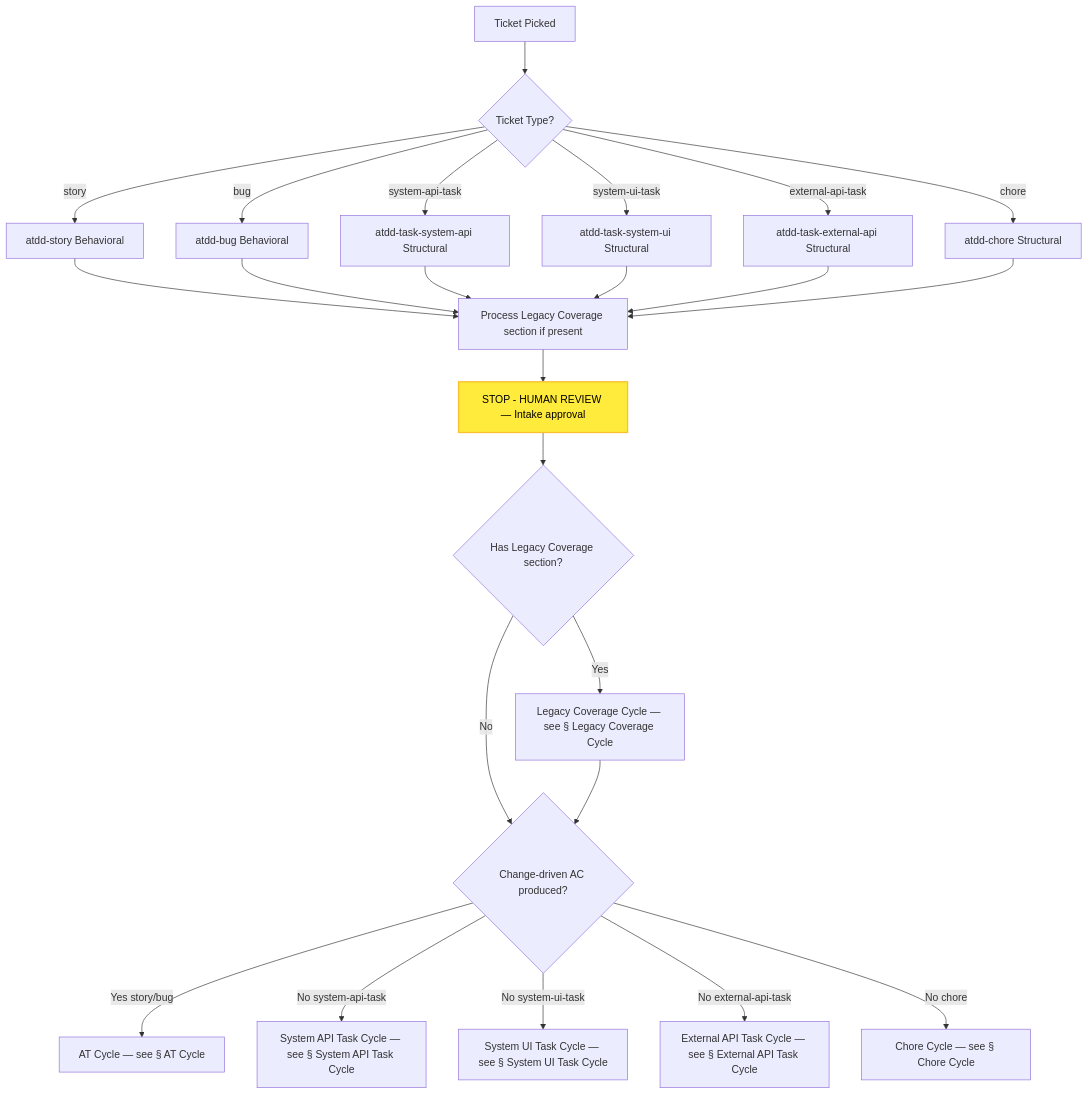
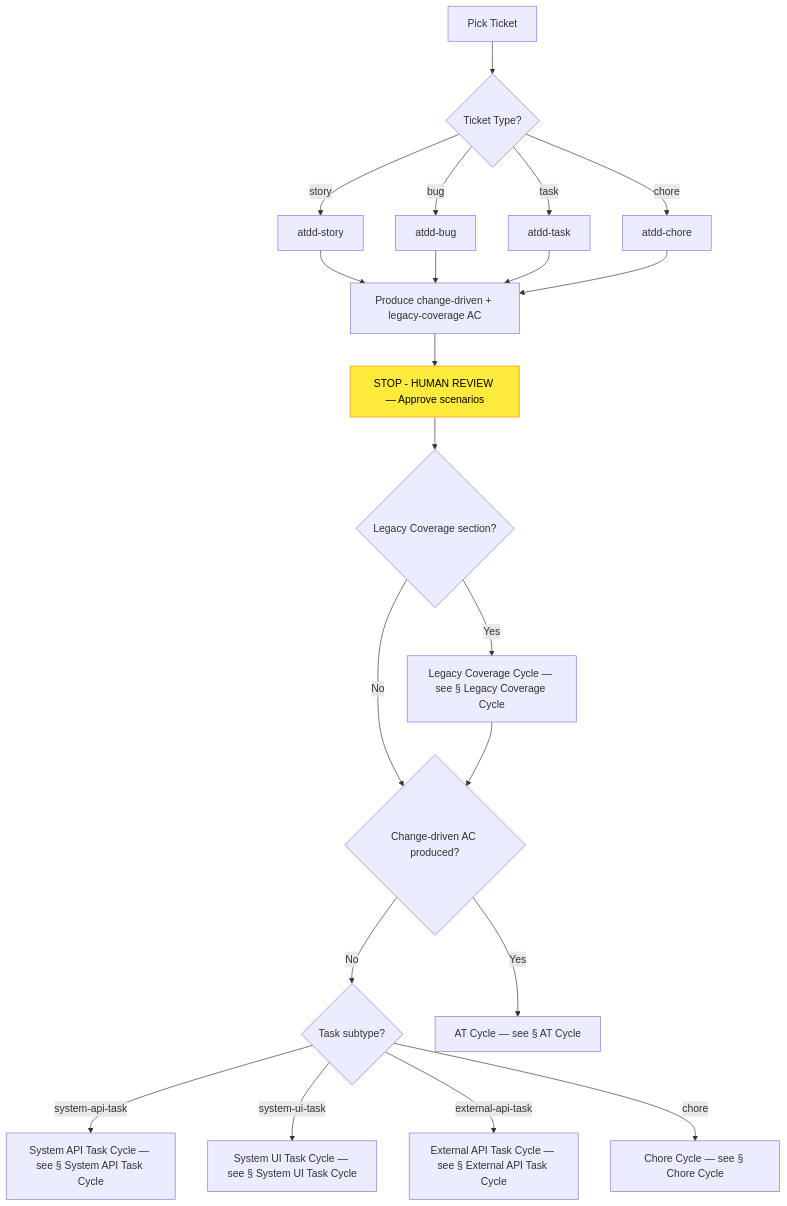
One commit to optivem/starter changed the second of 10 diagrams in docs/atdd/process/diagram-process.md. Above: the diagram before and after it, drawn with Mermaid. The commit also changed other lines of this file and 19 other files, not shown here.

````diff
--- a/docs/atdd/process/diagram-process.md
+++ b/docs/atdd/process/diagram-process.md
@@ -62,48 +65,44 @@
 ```mermaid
 flowchart TD
-    PICK[Ticket Picked]
+    TICKET[Pick Ticket]
     CLASSIFY{Ticket Type?}
-    STORY[atdd-story Behavioral]
-    BUG[atdd-bug Behavioral]
-    SYS_API_T[atdd-task-system-api Structural]
-    SYS_UI_T[atdd-task-system-ui Structural]
-    EXT_API_T[atdd-task-external-api Structural]
-    CHORE_T[atdd-chore Structural]
-    LEGACY_OPT[Process Legacy Coverage section if present]
-    STOP_INTAKE[STOP - HUMAN REVIEW — Intake approval]
-    GATE_LEGACY{Has Legacy Coverage section?}
-    GATE_CHANGE{Change-driven AC produced?}
+    STORY[atdd-story]
+    BUG[atdd-bug]
+    TASK[atdd-task]
+    CHORE_AGENT[atdd-chore]
+    PRODUCE_AC[Produce change-driven + legacy-coverage AC]
+    STOP_INTAKE[STOP - HUMAN REVIEW — Approve scenarios]
+    LEGACY_GATE{Legacy Coverage section?}
     LEGACY_CYCLE[Legacy Coverage Cycle — see § Legacy Coverage Cycle]
+    CHANGE_GATE{Change-driven AC produced?}
+    SUBTYPE{Task subtype?}
     AT_CYCLE[AT Cycle — see § AT Cycle]
     SYS_API_CYCLE[System API Task Cycle — see § System API Task Cycle]
     SYS_UI_CYCLE[System UI Task Cycle — see § System UI Task Cycle]
     EXT_API_CYCLE[External API Task Cycle — see § External API Task Cycle]
     CHORE_CYCLE[Chore Cycle — see § Chore Cycle]
 
-    PICK --> CLASSIFY
+    TICKET --> CLASSIFY
     CLASSIFY -->|story| STORY
     CLASSIFY -->|bug| BUG
-    CLASSIFY -->|system-api-task| SYS_API_T
-    CLASSIFY -->|system-ui-task| SYS_UI_T
-    CLASSIFY -->|external-api-task| EXT_API_T
-    CLASSIFY -->|chore| CHORE_T
-    STORY --> LEGACY_OPT
-    BUG --> LEGACY_OPT
-    SYS_API_T --> LEGACY_OPT
-    SYS_UI_T --> LEGACY_OPT
-    EXT_API_T --> LEGACY_OPT
-    CHORE_T --> LEGACY_OPT
-    LEGACY_OPT --> STOP_INTAKE
-    STOP_INTAKE --> GATE_LEGACY
-    GATE_LEGACY -->|Yes| LEGACY_CYCLE
-    GATE_LEGACY -->|No| GATE_CHANGE
-    LEGACY_CYCLE --> GATE_CHANGE
-    GATE_CHANGE -->|Yes story/bug| AT_CYCLE
-    GATE_CHANGE -->|No system-api-task| SYS_API_CYCLE
-    GATE_CHANGE -->|No system-ui-task| SYS_UI_CYCLE
-    GATE_CHANGE -->|No external-api-task| EXT_API_CYCLE
-    GATE_CHANGE -->|No chore| CHORE_CYCLE
+    CLASSIFY -->|task| TASK
+    CLASSIFY -->|chore| CHORE_AGENT
+    STORY --> PRODUCE_AC
+    BUG --> PRODUCE_AC
+    TASK --> PRODUCE_AC
+    CHORE_AGENT --> PRODUCE_AC
+    PRODUCE_AC --> STOP_INTAKE
+    STOP_INTAKE --> LEGACY_GATE
+    LEGACY_GATE -->|No| CHANGE_GATE
+    LEGACY_GATE -->|Yes| LEGACY_CYCLE
+    LEGACY_CYCLE --> CHANGE_GATE
+    CHANGE_GATE -->|Yes| AT_CYCLE
+    CHANGE_GATE -->|No| SUBTYPE
+    SUBTYPE -->|system-api-task| SYS_API_CYCLE
+    SUBTYPE -->|system-ui-task| SYS_UI_CYCLE
+    SUBTYPE -->|external-api-task| EXT_API_CYCLE
+    SUBTYPE -->|chore| CHORE_CYCLE
 
     classDef humanReviewNode fill:#ffeb3b,stroke:#fbc02d,stroke-width:2px,color:#000
     class STOP_INTAKE humanReviewNode
 ```
````
